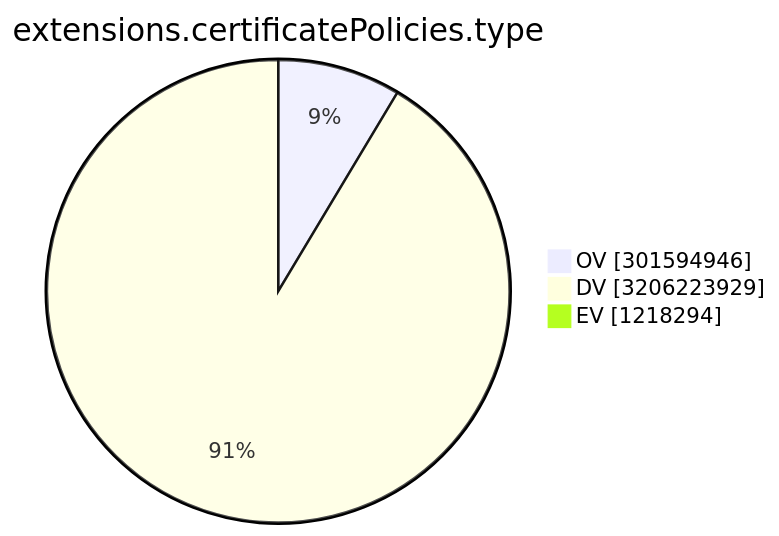
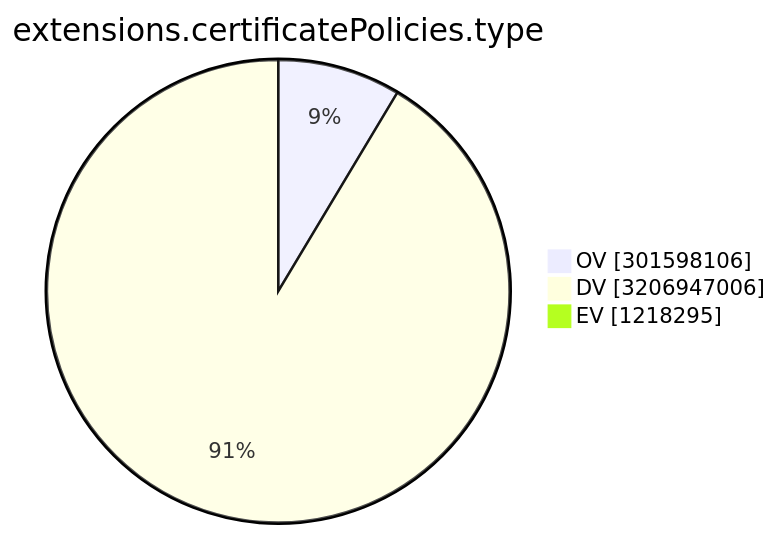
Before and after one commit to christiankrug/ctmonitor_visualization: the ninth of 15 diagrams in TOTAL/README.md, drawn with Mermaid. The commit also changed other lines of this file, not shown here.

````diff
--- a/TOTAL/README.md
+++ b/TOTAL/README.md
@@ -3106,7 +3106,7 @@
 ```mermaid
 pie showData
 title extensions.certificatePolicies.type
-"OV" :301594946
-"DV" :3206223929
-"EV" :1218294
+"OV" :301598106
+"DV" :3206947006
+"EV" :1218295
 ```
````
